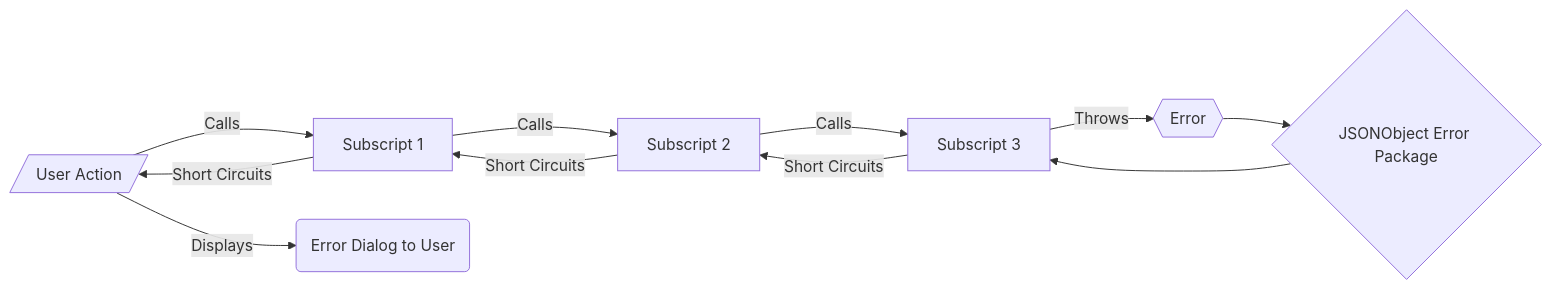
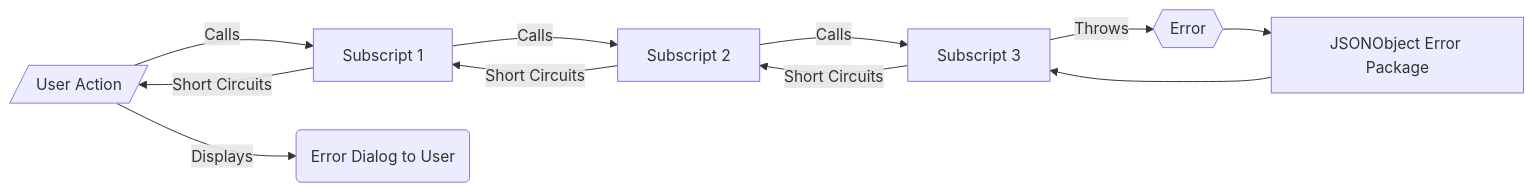
One commit to CloudChi/FX-Framework changed the second of 2 diagrams in Error_Trapping_Returning.md. Above: the diagram before and after it, drawn with Mermaid.

````diff
--- a/Error_Trapping_Returning.md
+++ b/Error_Trapping_Returning.md
@@ -37,13 +37,13 @@
 ```mermaid
 graph LR
     A[/User Action/] -- Calls --> B[Subscript 1] 
     B -- Calls --> C[Subscript 2] 
     C -- Calls --> D[Subscript 3] 
     D -- Throws --> E{{Error}}
-    E --> F{JSONObject Error Package}
+    E --> F[JSONObject Error Package]
     F --> D
     D -- Short Circuits --> C
     C -- Short Circuits --> B
     B -- Short Circuits --> A
     A -- Displays --> G(Error Dialog to User)
 ```
````
